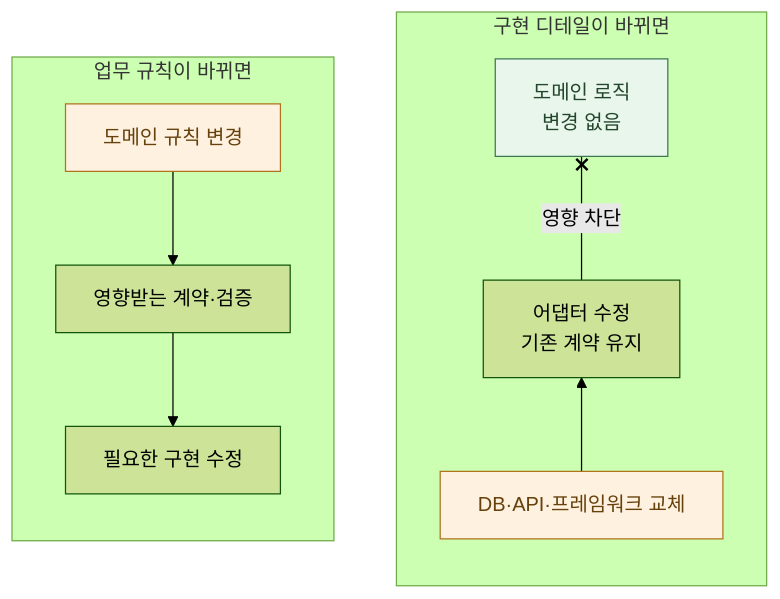
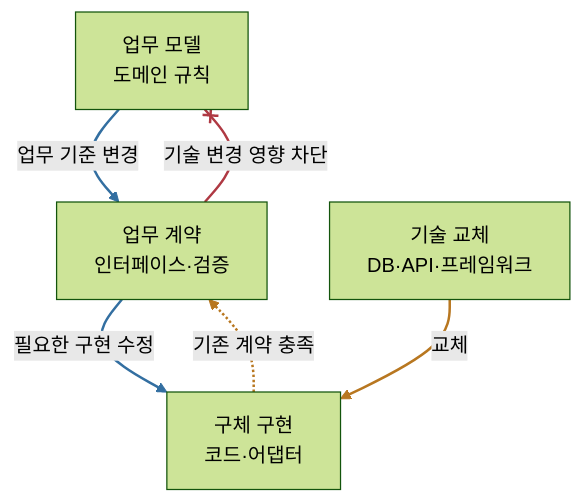
One commit to haandol/haandol.github.com changed the fifth of 7 diagrams in _posts/2026-11-05-enterprise-wide-ax-essentials.md. Above: the diagram before and after it, drawn with Mermaid (forest theme). The commit also changed other lines of this file and 3 other files, not shown here.

````diff
--- a/_posts/2026-11-05-enterprise-wide-ax-essentials.md
+++ b/_posts/2026-11-05-enterprise-wide-ax-essentials.md
@@ -223,18 +227,15 @@
 ```mermaid
-flowchart LR
-  subgraph B["업무 규칙이 바뀌면"]
-    direction TB
-    B1["도메인 규칙 변경"] --> B2["영향받는 계약·검증"]
-    B2 --> B3["필요한 구현 수정"]
-  end
-  subgraph T["구현 디테일이 바뀌면"]
-    direction BT
-    T1["DB·API·프레임워크 교체"] --> T2["어댑터 수정<br/>기존 계약 유지"]
-    T2 --x|"영향 차단"| T3["도메인 로직<br/>변경 없음"]
-  end
-  B ~~~ T
-  classDef changed fill:#fff1df,stroke:#af731b,color:#65410b
-  classDef stable fill:#e9f6ec,stroke:#3c7754,color:#23452b
-  class B1,T1 changed
-  class T3 stable
+flowchart TB
+  M["업무 모델<br/>도메인 규칙"]
+  P["업무 계약<br/>인터페이스·검증"]
+  I["구체 구현<br/>코드·어댑터"]
+  T["기술 교체<br/>DB·API·프레임워크"]
+  M -->|"업무 기준 변경"| P
+  P -->|"필요한 구현 수정"| I
+  T -->|"교체"| I
+  I -.->|"기존 계약 충족"| P
+  P --x|"기술 변경 영향 차단"| M
+  linkStyle 0,1 stroke:#336fa1,stroke-width:2px
+  linkStyle 2,3 stroke:#b87720,stroke-width:2px
+  linkStyle 4 stroke:#af3943,stroke-width:2px
 ```
````
